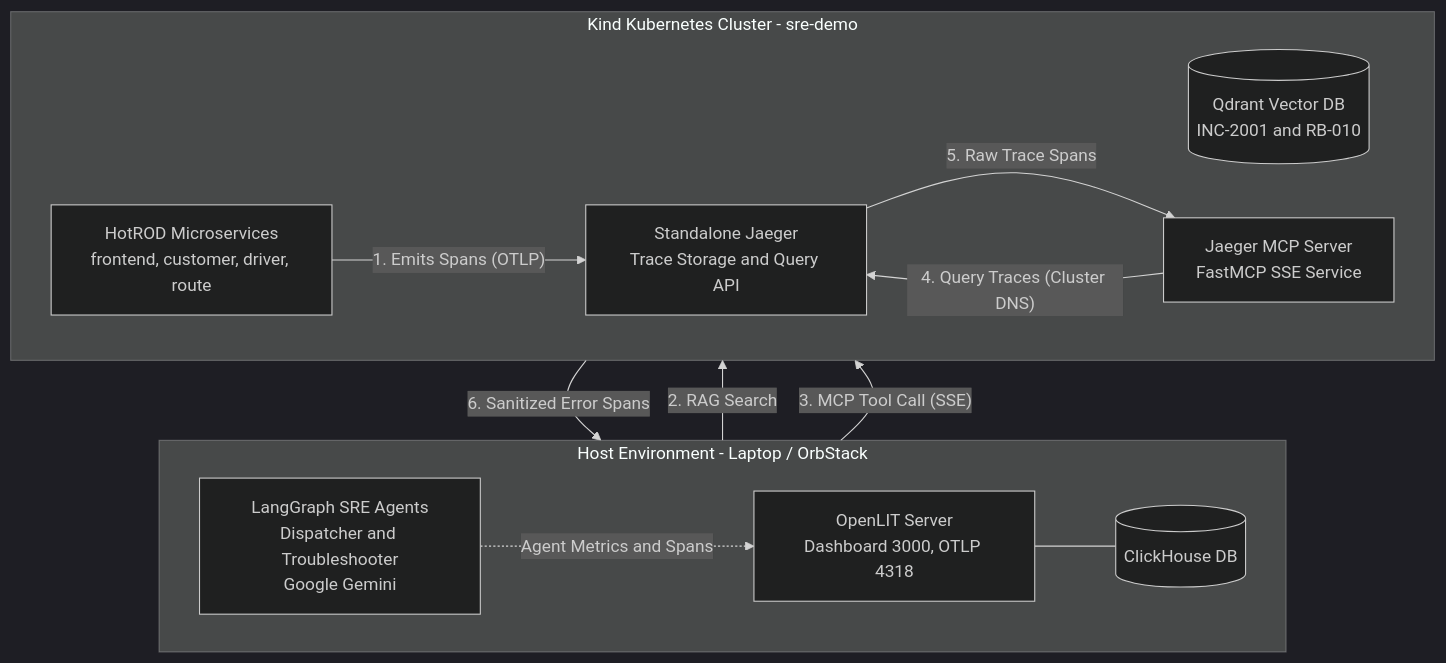
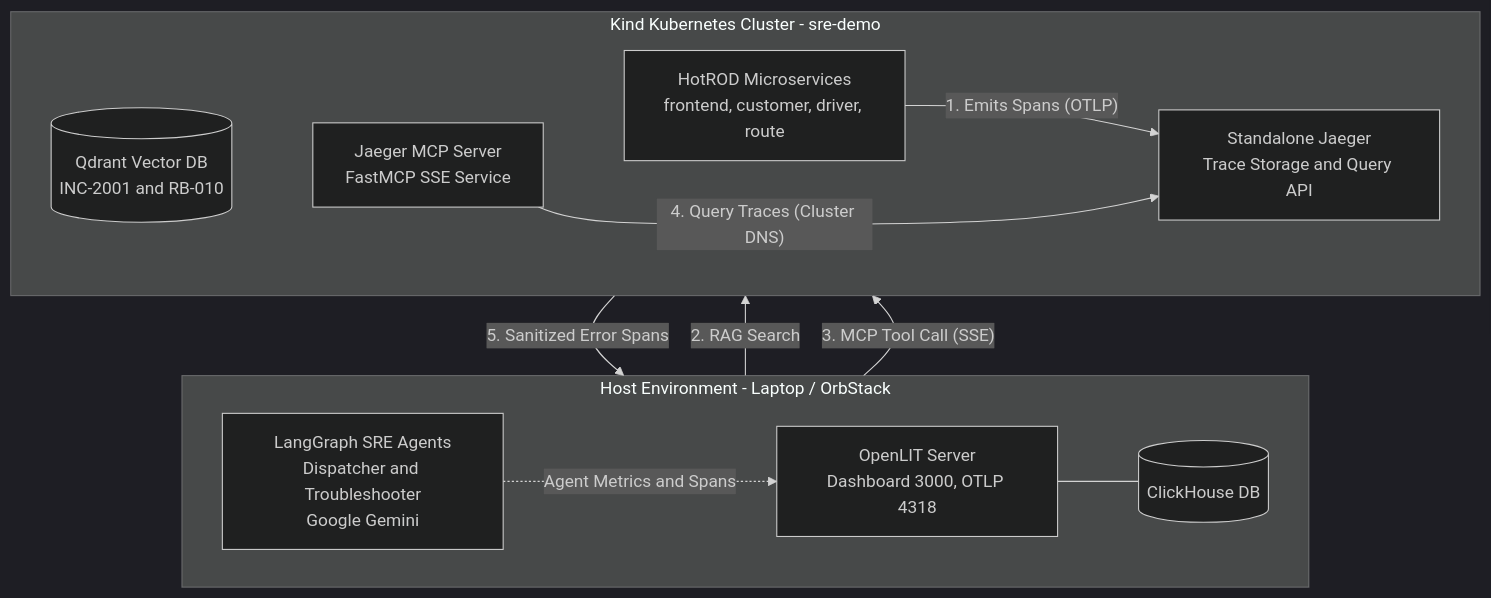
Before and after one commit to hbill75/observe-sre-triage-agent: the diagram in README.md, drawn with Mermaid (dark theme).

Commit message:
docs: Diagram fix 7

````diff
--- a/README.md
+++ b/README.md
@@ -9,28 +9,29 @@
 ```mermaid
 flowchart TD
-    subgraph Host_Environment [Host Environment - Laptop / OrbStack]
+    subgraph Host_Environment["Host Environment - Laptop / OrbStack"]
         direction LR
         AG["LangGraph SRE Agents<br>Dispatcher and Troubleshooter<br>Google Gemini"]
         OL["OpenLIT Server<br>Dashboard 3000, OTLP 4318"]
         CH[("ClickHouse DB")]
 
         AG -. "Agent Metrics and Spans" .-> OL
         OL --- CH
     end
 
-    subgraph K8s_Cluster [Kind Kubernetes Cluster - sre-demo]
+    subgraph K8s_Cluster["Kind Kubernetes Cluster - sre-demo"]
         direction LR
         QD[("Qdrant Vector DB<br>INC-2001 and RB-010")]
         MCP["Jaeger MCP Server<br>FastMCP SSE Service"]
+        HR["HotROD Microservices<br>frontend, customer, driver, route"]
         JG["Standalone Jaeger<br>Trace Storage and Query API"]
-        HR["HotROD Microservices<br>frontend, customer, driver, route"]
 
+        QD ~~~ MCP
+        MCP ~~~ HR
         HR -->|"1. Emits Spans (OTLP)"| JG
         MCP -->|"4. Query Traces (Cluster DNS)"| JG
-        JG -->|"5. Raw Trace Spans"| MCP
     end
 
     AG -->|"2. RAG Search"| QD
     AG -->|"3. MCP Tool Call (SSE)"| MCP
-    MCP -->|"6. Sanitized Error Spans"| AG
+    MCP -->|"5. Sanitized Error Spans"| AG
 ```
````
